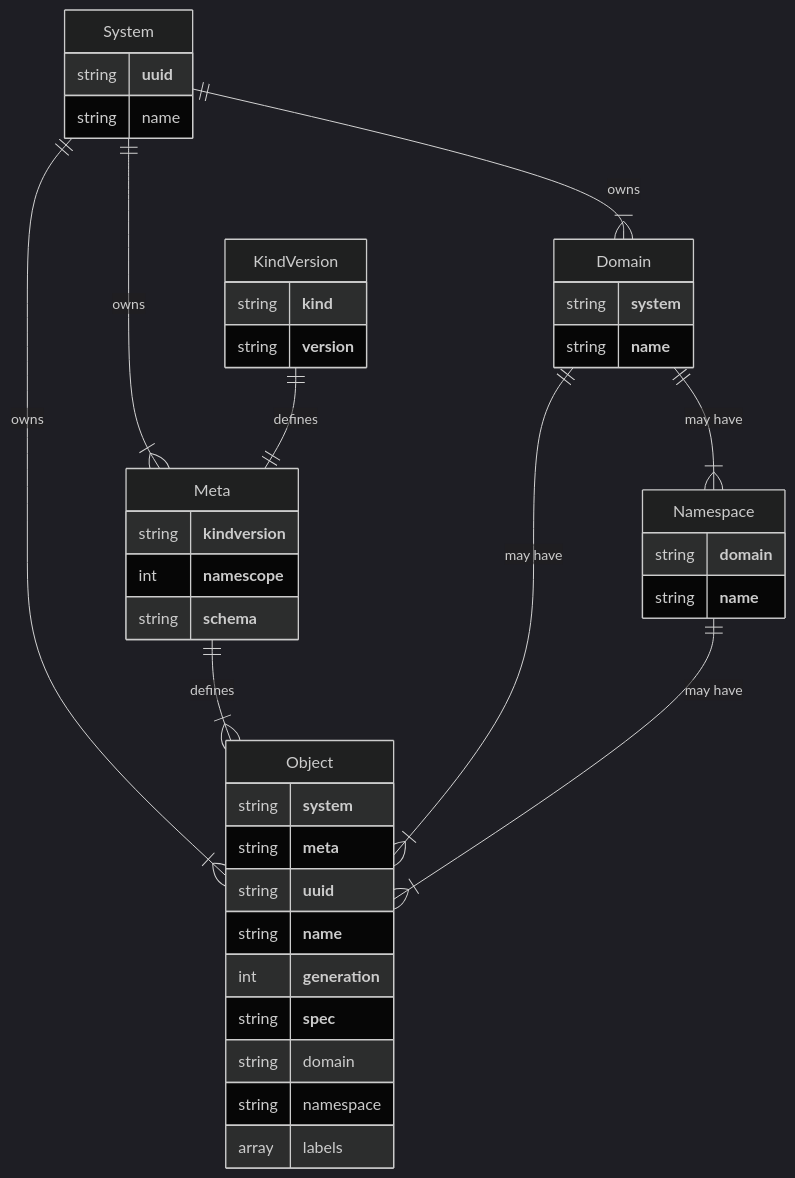
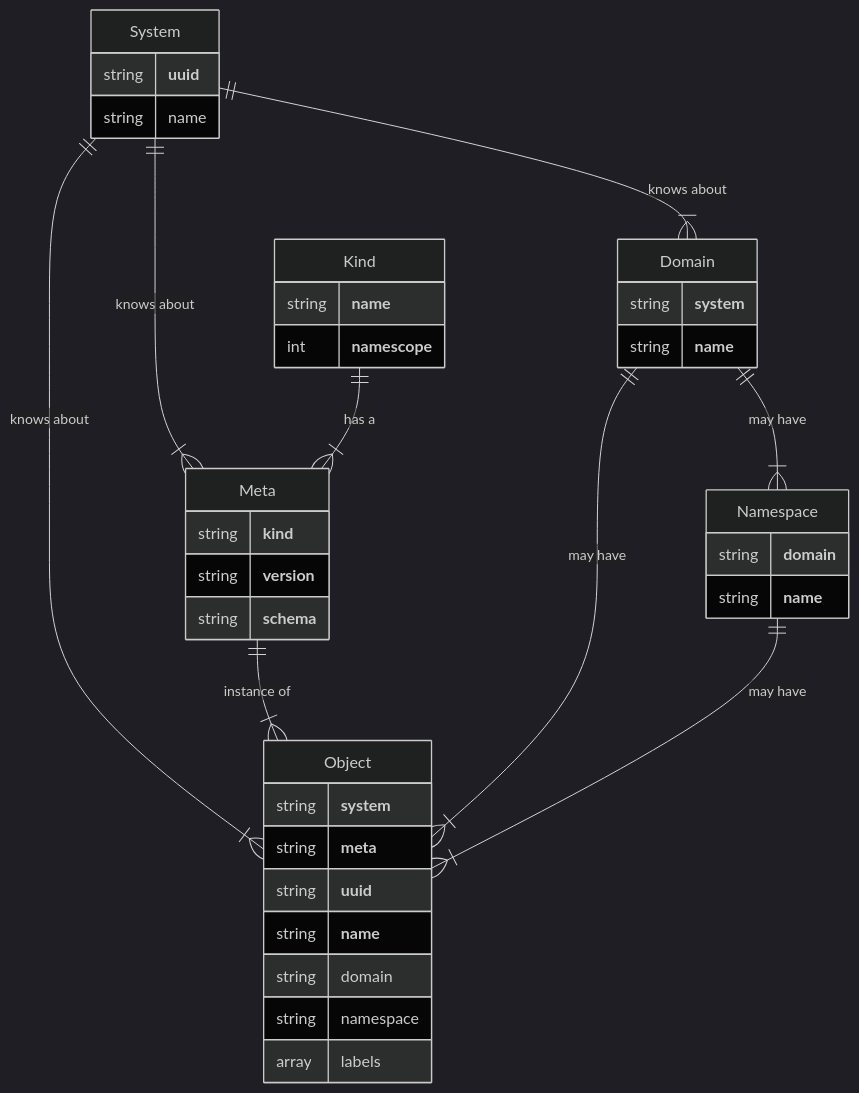
One commit to relexec/rxp changed the third of 3 diagrams in docs/taxonomy.md. Above: the diagram before and after it, drawn with Mermaid (dark theme). The commit also changed other lines of this file and 2 other files, not shown here.

First line of the commit message:
remove global and kind namescope

````diff
--- a/docs/taxonomy.md
+++ b/docs/taxonomy.md
@@ -53,43 +73,41 @@
 ```mermaid
 erDiagram
-    System ||--|{ Meta : owns
-    System ||--|{ Domain : owns
-    System ||--|{ Object : owns
-    KindVersion ||--|| Meta : defines
-    Meta ||--|{ Object : defines
+    System ||--|{ Meta : "knows about"
+    System ||--|{ Domain : "knows about"
+    System ||--|{ Object : "knows about"
+    Kind ||--|{ Meta : "has a"
+    Meta ||--|{ Object : "instance of"
     Domain ||--|{ Namespace : "may have"
     Domain ||--|{ Object : "may have"
     Namespace ||--|{ Object : "may have"
     System {
         string **uuid**
         string name
     }
-    KindVersion {
+    Kind {
+        string **name**
+        int **namescope**
+    }
+    Meta{
         string **kind**
         string **version**
-    }
-    Meta{
-        string **kindversion**
-        int **namescope**
         string **schema**
     }
     Domain{
         string **system**
         string **name**
     }
     Namespace{
         string **domain**
         string **name**
     }
     Object{
         string **system**
         string **meta**
         string **uuid**
         string **name**
-        int **generation**
-        string **spec**
         string domain
         string namespace
         array labels
     }
 ```
````
